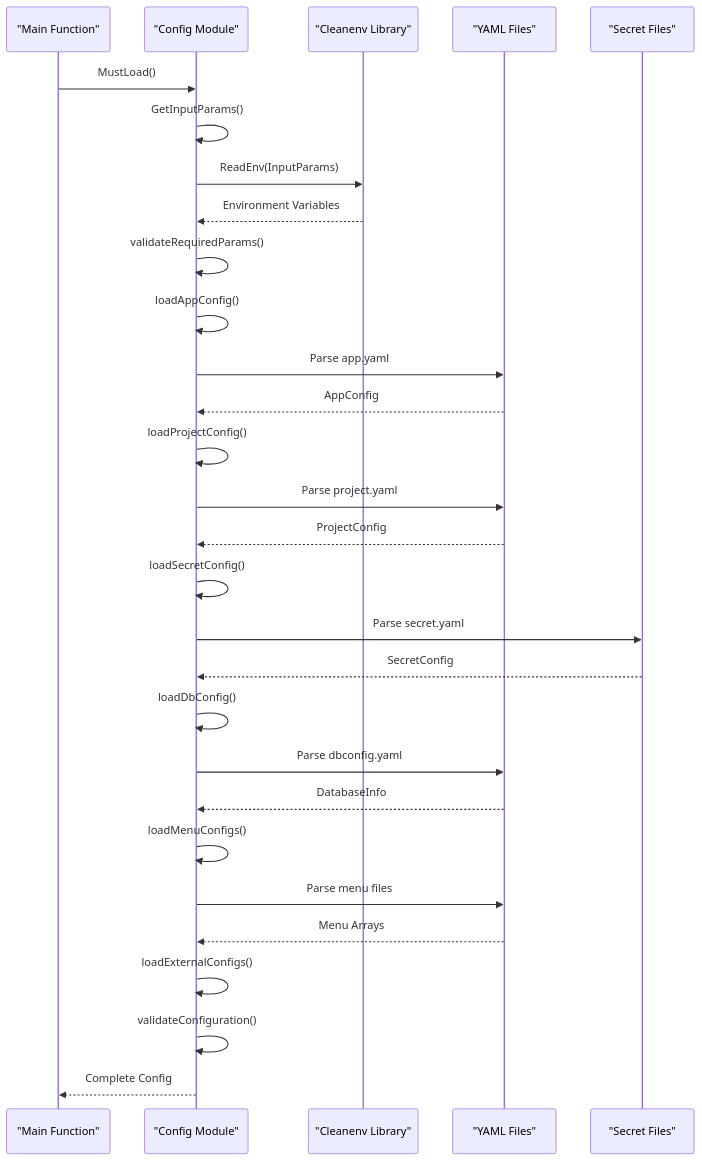
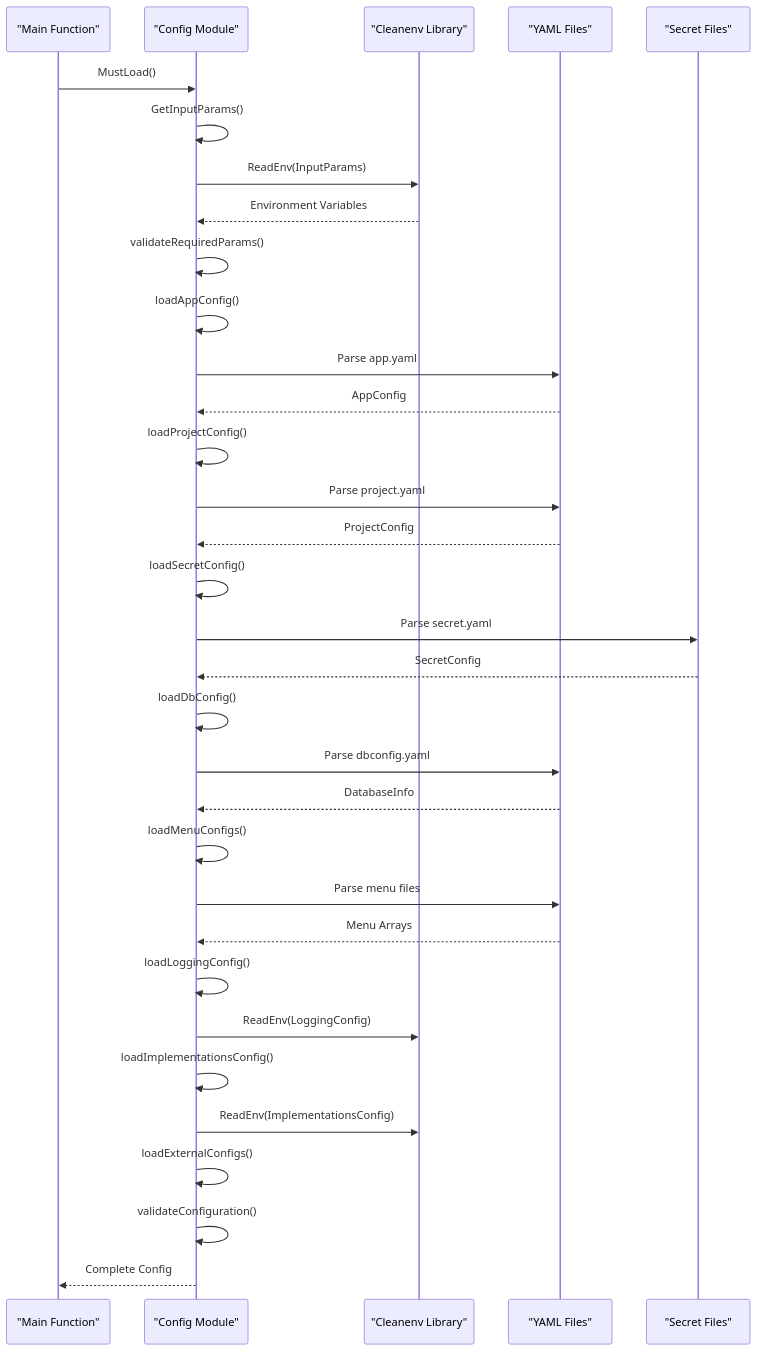
Before and after one commit to Kargones/apk-ci: the third of 5 diagrams in .qoder/repowiki/en/content/Configuration Management/Configuration Management.md, drawn with Mermaid. The commit also changed other lines of this file and 2036 other files, not shown here.

````diff
--- a/.qoder/repowiki/en/content/Configuration Management/Configuration Management.md
+++ b/.qoder/repowiki/en/content/Configuration Management/Configuration Management.md
@@ -248,31 +287,35 @@
 ```mermaid
 sequenceDiagram
 participant Main as "Main Function"
 participant Config as "Config Module"
 participant Cleanenv as "Cleanenv Library"
 participant YamlFiles as "YAML Files"
 participant Secrets as "Secret Files"
 Main->>Config : MustLoad()
 Config->>Config : GetInputParams()
 Config->>Cleanenv : ReadEnv(InputParams)
 Cleanenv-->>Config : Environment Variables
 Config->>Config : validateRequiredParams()
 Config->>Config : loadAppConfig()
 Config->>YamlFiles : Parse app.yaml
 YamlFiles-->>Config : AppConfig
 Config->>Config : loadProjectConfig()
 Config->>YamlFiles : Parse project.yaml
 YamlFiles-->>Config : ProjectConfig
 Config->>Config : loadSecretConfig()
 Config->>Secrets : Parse secret.yaml
 Secrets-->>Config : SecretConfig
 Config->>Config : loadDbConfig()
 Config->>YamlFiles : Parse dbconfig.yaml
 YamlFiles-->>Config : DatabaseInfo
 Config->>Config : loadMenuConfigs()
 Config->>YamlFiles : Parse menu files
 YamlFiles-->>Config : Menu Arrays
+Config->>Config : loadLoggingConfig()
+Config->>Cleanenv : ReadEnv(LoggingConfig)
+Config->>Config : loadImplementationsConfig()
+Config->>Cleanenv : ReadEnv(ImplementationsConfig)
 Config->>Config : loadExternalConfigs()
 Config->>Config : validateConfiguration()
 Config-->>Main : Complete Config
 ```
````
